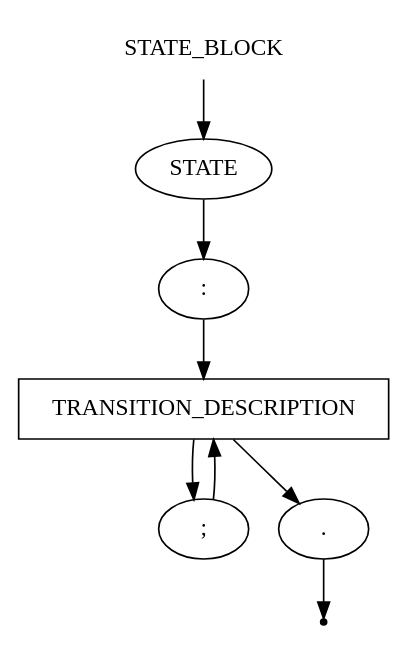
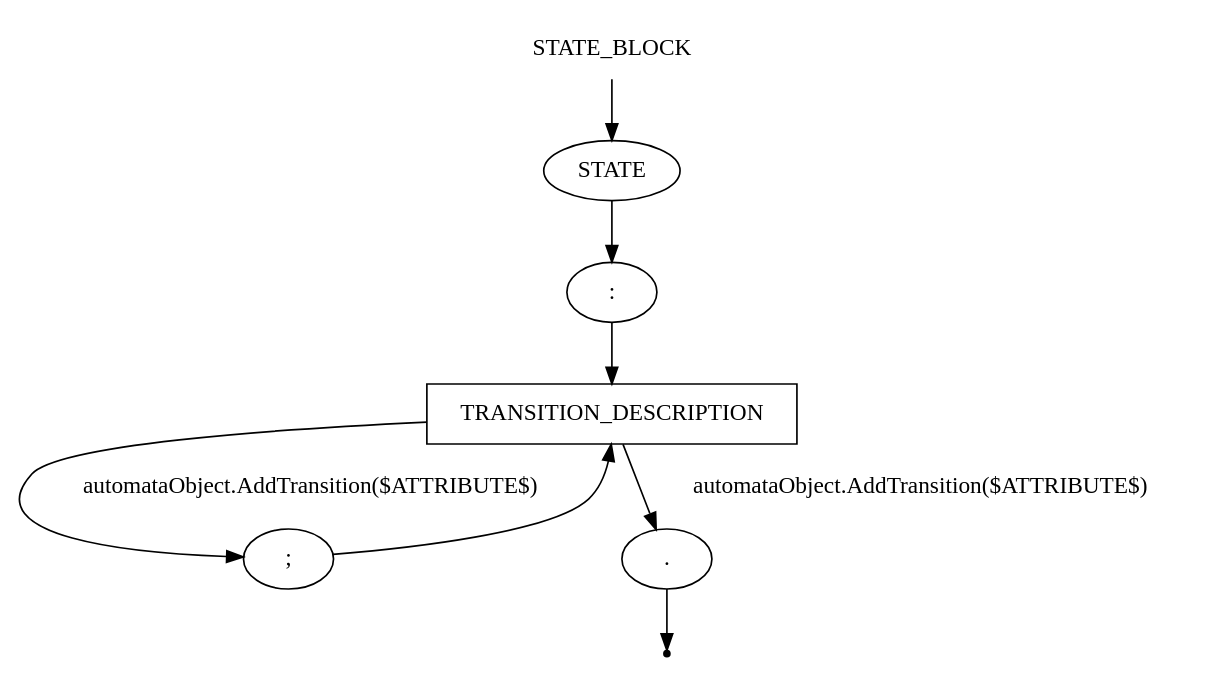
The diagram in _examples/ciao/state_block.gv (aVorotnikov/dsl_generator), drawn with Graphviz before and after one commit. The commit also changed 4 other files, not shown here.

Commit message:
Add code to Virt diagrams

```diff
--- a/_examples/ciao/state_block.gv
+++ b/_examples/ciao/state_block.gv
@@ -1,16 +1,16 @@
 digraph STATE_BLOCK {
     start [label=STATE_BLOCK shape=plaintext]
     A [label=STATE shape=oval]
     B [label=":" shape=oval]
     C [label=TRANSITION_DESCRIPTION shape=box]
     D [label=";" shape=oval]
     E [label="." shape=oval]
     end [label="" shape=point]
     start -> A
     A -> B
     B -> C
-    C -> D
-    C -> E
+    C -> D [label="automataObject.AddTransition($ATTRIBUTE$)"]
+    C -> E [label="automataObject.AddTransition($ATTRIBUTE$)"]
     D -> C
     E -> end
 }
```
